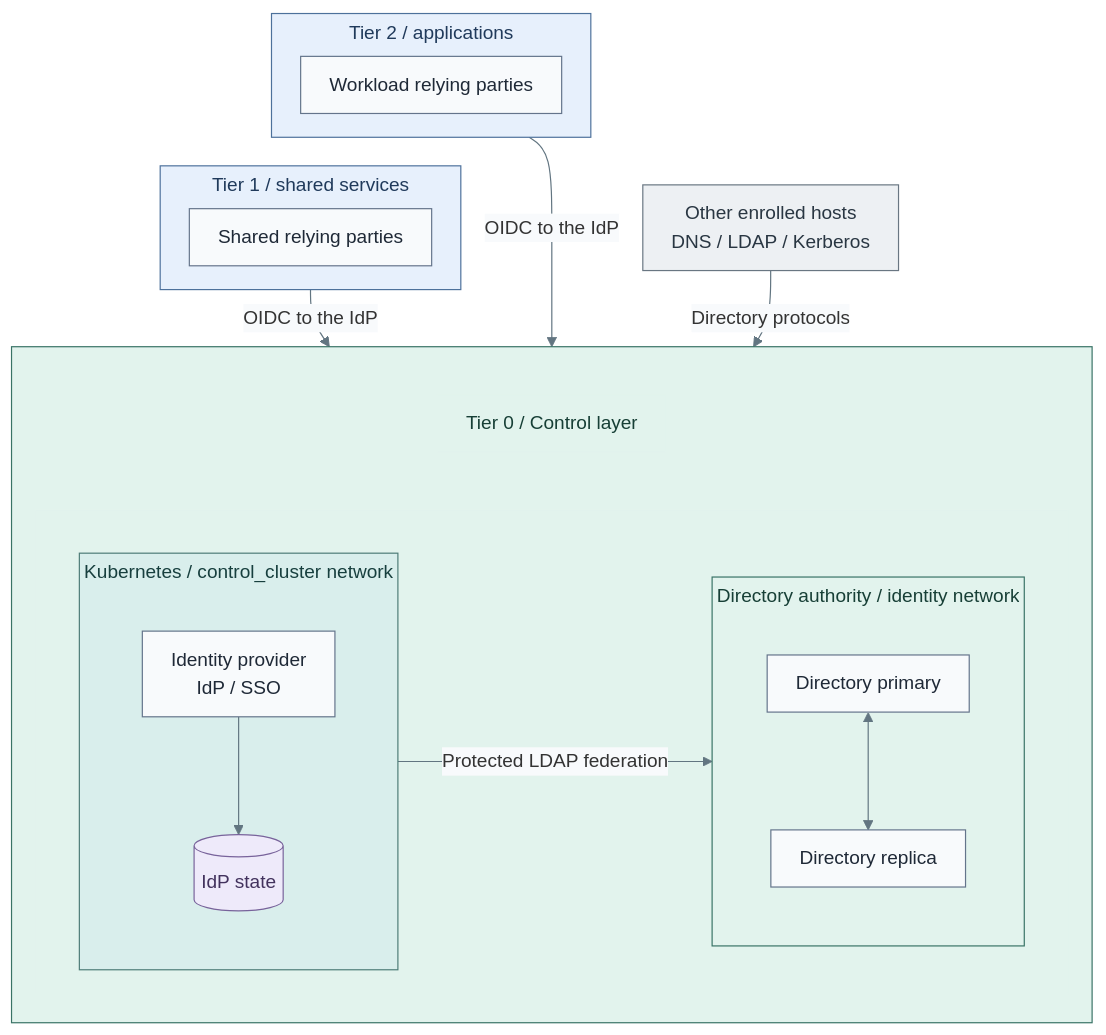
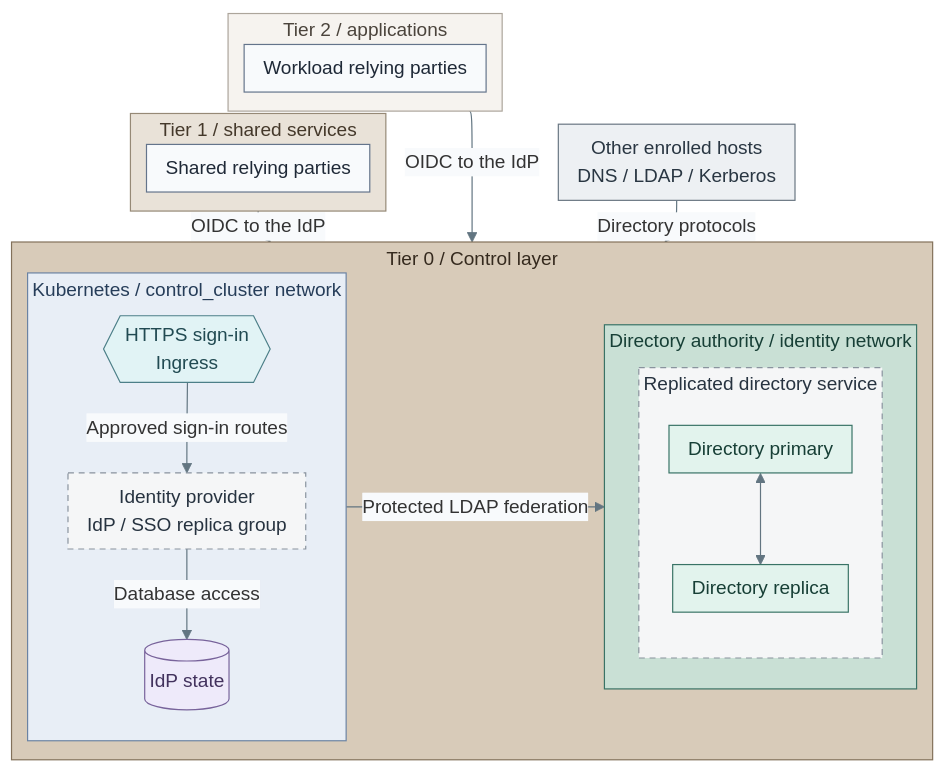
Before and after one commit to Rexus/homelab: the first of 2 diagrams in docs/01-architecture/09-identity/README.md, drawn with Mermaid. The commit also changed other lines of this file and 108 other files, not shown here.

Commit message:
docs(diagrams): unify visual language and opening views

````diff
--- a/docs/01-architecture/09-identity/README.md
+++ b/docs/01-architecture/09-identity/README.md
@@ -14,47 +14,57 @@
 ```mermaid
-%%{init: {"theme":"base","flowchart":{"nodeSpacing":20,"rankSpacing":24,"padding":12,"subGraphTitleMargin":{"top":4,"bottom":12}},"themeVariables":{"lineColor":"#627581","edgeLabelBackground":"#f8fafc"}}}%%
+%%{init: {"theme":"base","flowchart":{"nodeSpacing":12,"rankSpacing":2,"padding":8,"subGraphTitleMargin":{"top":2,"bottom":8}},"themeVariables":{"lineColor":"#627581","edgeLabelBackground":"#f8fafc"}}}%%
 flowchart TB
   subgraph T2["Tier 2 / applications"]
     Apps["Workload relying parties"]
   end
   subgraph T1["Tier 1 / shared services"]
     Shared["Shared relying parties"]
   end
   Hosts["Other enrolled hosts<br/>DNS / LDAP / Kerberos"]
-  subgraph T0[" "]
-    direction TB
-    T0Title["Tier 0 / Control layer"]
-    subgraph Placement[" "]
-      direction LR
-      subgraph Cluster["Kubernetes / control_cluster network"]
-        direction TB
-        IdP["Identity provider<br/>IdP / SSO"]
-        Data[("IdP state")]
-        IdP --> Data
-      end
-      subgraph Directory["Directory authority / identity network"]
+  subgraph T0["Tier 0 / Control layer"]
+    direction LR
+    subgraph Cluster["Kubernetes / control_cluster network"]
+      direction TB
+      Ingress{{"HTTPS sign-in<br/>Ingress"}}
+      IdP["Identity provider<br/>IdP / SSO replica group"]
+      Data[("IdP state")]
+      Ingress -->|Approved sign-in routes| IdP
+      IdP -->|Database access| Data
+    end
+    subgraph Directory["Directory authority / identity network"]
+      direction TB
+      subgraph DirectoryGroup["Replicated directory service"]
         direction TB
         Primary["Directory primary"] <--> Replica["Directory replica"]
       end
-      Cluster -->|Protected LDAP federation| Directory
     end
-    T0Title ~~~ Placement
+    Cluster -->|Protected LDAP federation| Directory
   end
   T2 ~~~ T1
   T1 -->|OIDC to the IdP| T0
   T2 -->|OIDC to the IdP| T0
   Hosts -->|Directory protocols| T0
   classDef default fill:#f8fafc,stroke:#64748b,color:#1f2937
   classDef services fill:#e7f0fc,stroke:#4d719b,color:#203a5b
   classDef control fill:#e2f3ed,stroke:#397366,color:#173f36
-  classDef controlHeading fill:#e2f3ed,stroke:#e2f3ed,color:#173f36
   classDef runtime fill:#d9eeec,stroke:#4d7b77,color:#173f3e
   classDef data fill:#eeeafa,stroke:#78639b,color:#42325d
   classDef actor fill:#edf0f3,stroke:#697682,color:#293642
-  class T2,T1 services
-  class T0,Directory control
-  class T0Title,Placement controlHeading
-  class Cluster runtime
+  classDef replicas fill:#f5f6f7,stroke:#89939e,color:#273340,stroke-dasharray:5 4
   class Data data
   class Hosts actor
+  class IdP,DirectoryGroup replicas
+  class Primary,Replica control
+  classDef kubernetes fill:#e8eef6,stroke:#6b83a3,color:#263d59
+  class Cluster kubernetes
+  classDef traffic fill:#e1f3f5,stroke:#4c7f88,color:#214a52
+  class Ingress traffic
+  classDef tier0 fill:#d8cbb9,stroke:#83715a,color:#352a1e
+  class T0 tier0
+  classDef tier1 fill:#e9e2d8,stroke:#968976,color:#44382a
+  class T1 tier1
+  classDef tier2 fill:#f6f3ef,stroke:#aca59b,color:#4b443c
+  class T2 tier2
+  classDef zoneControl fill:#c9e0d5,stroke:#397366,color:#173f36
+  class Directory zoneControl
 ```
````
